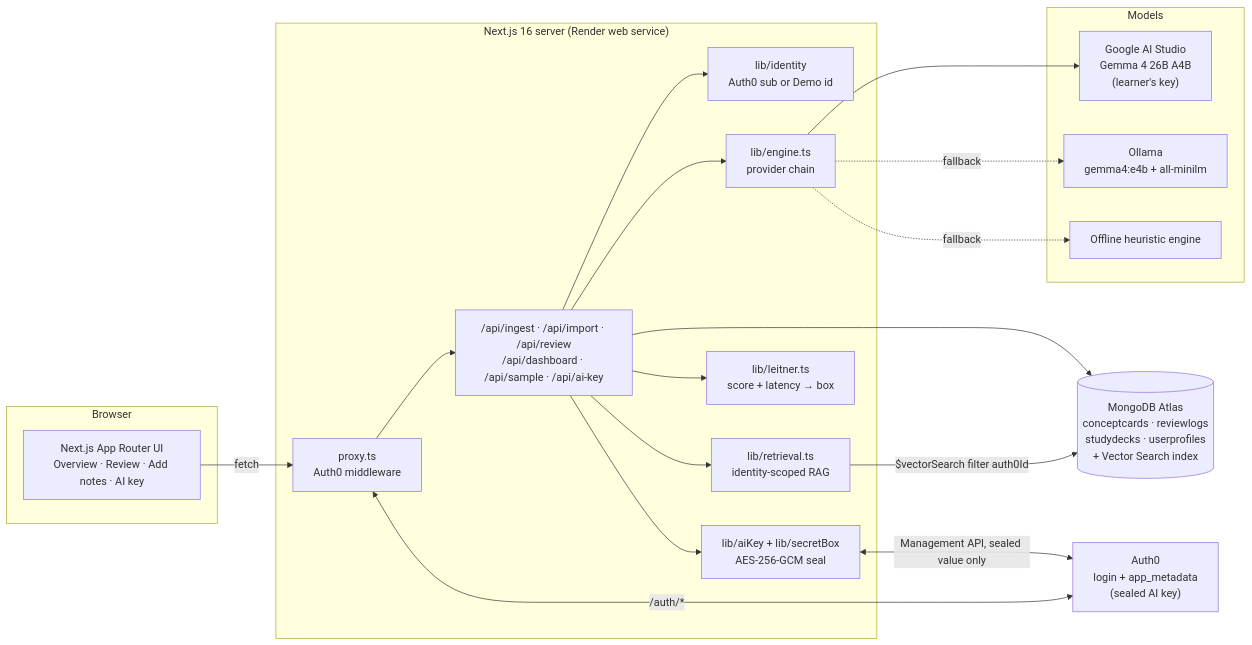
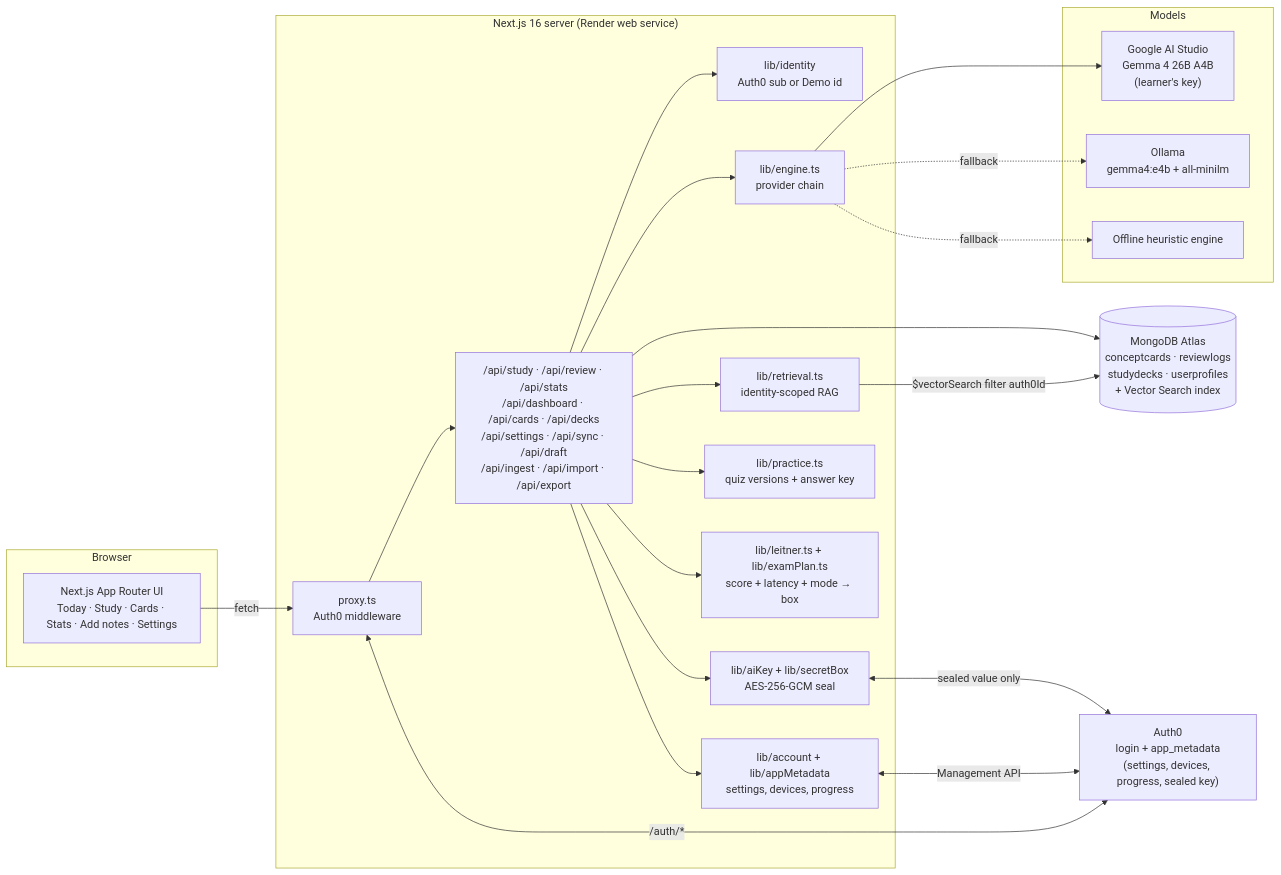
The first of 2 diagrams in README.md (realarbird/Deep-Retrain), drawn with Mermaid before and after one commit. The commit also changed other lines of this file and 10 other files, not shown here.

First line of the commit message:
Make the app installable, document the new modes and sync, fix stale reveals

````diff
--- a/README.md
+++ b/README.md
@@ -54,36 +151,40 @@
 ```mermaid
 flowchart LR
   subgraph Browser
-    UI["Next.js App Router UI<br/>Overview · Review · Add notes · AI key"]
+    UI["Next.js App Router UI<br/>Today · Study · Cards · Stats · Add notes · Settings"]
   end
 
   subgraph Next["Next.js 16 server (Render web service)"]
     P["proxy.ts<br/>Auth0 middleware"]
     ID["lib/identity<br/>Auth0 sub or Demo id"]
-    API["/api/ingest · /api/import · /api/review<br/>/api/dashboard · /api/sample · /api/ai-key"]
+    API["/api/study · /api/review · /api/stats<br/>/api/dashboard · /api/cards · /api/decks<br/>/api/settings · /api/sync · /api/draft<br/>/api/ingest · /api/import · /api/export"]
+    ACC["lib/account + lib/appMetadata<br/>settings, devices, progress"]
     K["lib/aiKey + lib/secretBox<br/>AES-256-GCM seal"]
     E["lib/engine.ts<br/>provider chain"]
-    L["lib/leitner.ts<br/>score + latency → box"]
+    PR["lib/practice.ts<br/>quiz versions + answer key"]
+    L["lib/leitner.ts + lib/examPlan.ts<br/>score + latency + mode → box"]
     R["lib/retrieval.ts<br/>identity-scoped RAG"]
   end
 
   subgraph AI["Models"]
     GS["Google AI Studio<br/>Gemma 4 26B A4B<br/>(learner's key)"]
     O["Ollama<br/>gemma4:e4b + all-minilm"]
     H["Offline heuristic engine"]
   end
 
   DB[("MongoDB Atlas<br/>conceptcards · reviewlogs<br/>studydecks · userprofiles<br/>+ Vector Search index")]
-  A0["Auth0<br/>login + app_metadata<br/>(sealed AI key)"]
+  A0["Auth0<br/>login + app_metadata<br/>(settings, devices, progress, sealed key)"]
 
   UI -->|fetch| P --> API
   P <-->|/auth/*| A0
   API --> ID
-  API --> K <-->|Management API, sealed value only| A0
+  API --> ACC <-->|Management API| A0
+  API --> K <-->|sealed value only| A0
   API --> E --> GS
   E -.fallback.-> O
   E -.fallback.-> H
+  API --> PR
   API --> L
   API --> R -->|"$vectorSearch filter auth0Id"| DB
   API --> DB
 ```
````
